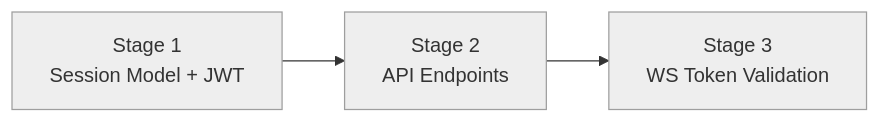
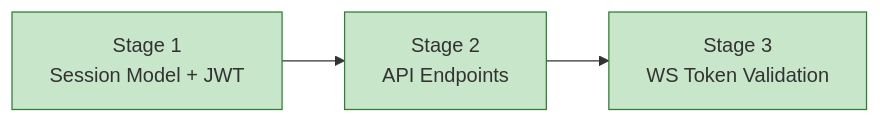
One commit to info-tech-io/web-terminal changed the diagram in docs/proposals/epic-1-tps-mvp/child-4-phase1b-session-api-jwt/progress.md. Above: the diagram before and after it, drawn with Mermaid. The commit also changed other lines of this file and 1 other file, not shown here.

````diff
--- a/docs/proposals/epic-1-tps-mvp/child-4-phase1b-session-api-jwt/progress.md
+++ b/docs/proposals/epic-1-tps-mvp/child-4-phase1b-session-api-jwt/progress.md
@@ -8,9 +8,9 @@
 ```mermaid
 graph LR
     A["Stage 1\nSession Model + JWT"] --> B["Stage 2\nAPI Endpoints"]
     B --> C["Stage 3\nWS Token Validation"]
 
-    style A fill:#eeeeee,stroke:#9e9e9e
-    style B fill:#eeeeee,stroke:#9e9e9e
-    style C fill:#eeeeee,stroke:#9e9e9e
+    style A fill:#c8e6c9,stroke:#2e7d32
+    style B fill:#c8e6c9,stroke:#2e7d32
+    style C fill:#c8e6c9,stroke:#2e7d32
 ```
````
